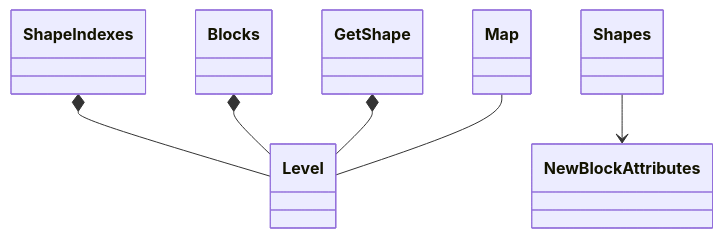
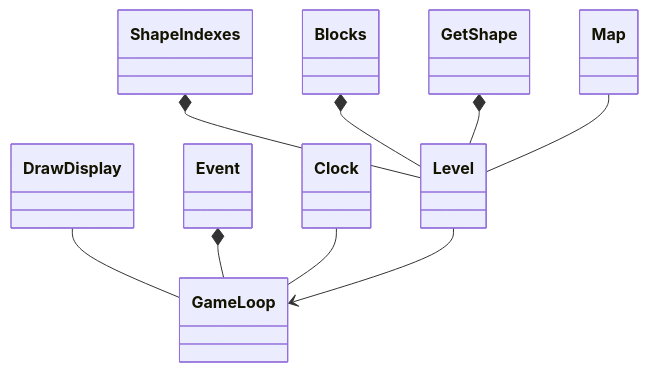
Before and after one commit to nie-ed/ot-harjoitustyo: the diagram in dokumentaatio/arkkitehtuuri.md, drawn with Mermaid.

````diff
--- a/dokumentaatio/arkkitehtuuri.md
+++ b/dokumentaatio/arkkitehtuuri.md
@@ -3,12 +3,17 @@
 ```mermaid
 classDiagram
 	GameLoop
 	ShapeIndexes *-- Level 
 	Blocks * -- Level
 	GetShape *-- Level
 	Map -- Level
+	DrawDisplay -- GameLoop
+	Event *-- GameLoop
+	Clock -- GameLoop
+	Level --> GameLoop
 	
-	Shapes --> NewBlockAttributes
+	
+	
 
 
 ```
````
